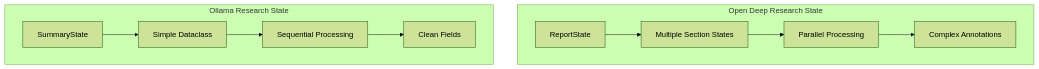
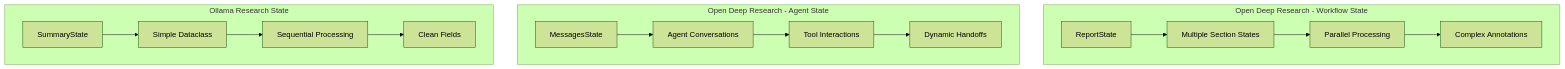
One commit to donbr/langgraph-unleashed changed the first of 6 diagrams in langgraph_deep_research.md. Above: the diagram before and after it, drawn with Mermaid (forest theme). The commit also changed other lines of this file and 3 other files, not shown here.

````diff
--- a/langgraph_deep_research.md
+++ b/langgraph_deep_research.md
@@ -55,14 +78,20 @@
 ```mermaid
 graph TD
-    subgraph "Open Deep Research State"
+    subgraph "Open Deep Research - Workflow State"
         A[ReportState] --> B[Multiple Section States]
         B --> C[Parallel Processing]
         C --> D[Complex Annotations]
     end
     
+    subgraph "Open Deep Research - Agent State"
+        E[MessagesState] --> F[Agent Conversations]
+        F --> G[Tool Interactions]
+        G --> H[Dynamic Handoffs]
+    end
+    
     subgraph "Ollama Research State"
-        E[SummaryState] --> F[Simple Dataclass]
-        F --> G[Sequential Processing]
-        G --> H[Clean Fields]
+        I[SummaryState] --> J[Simple Dataclass]
+        J --> K[Sequential Processing]
+        K --> L[Clean Fields]
     end
 ```
````
